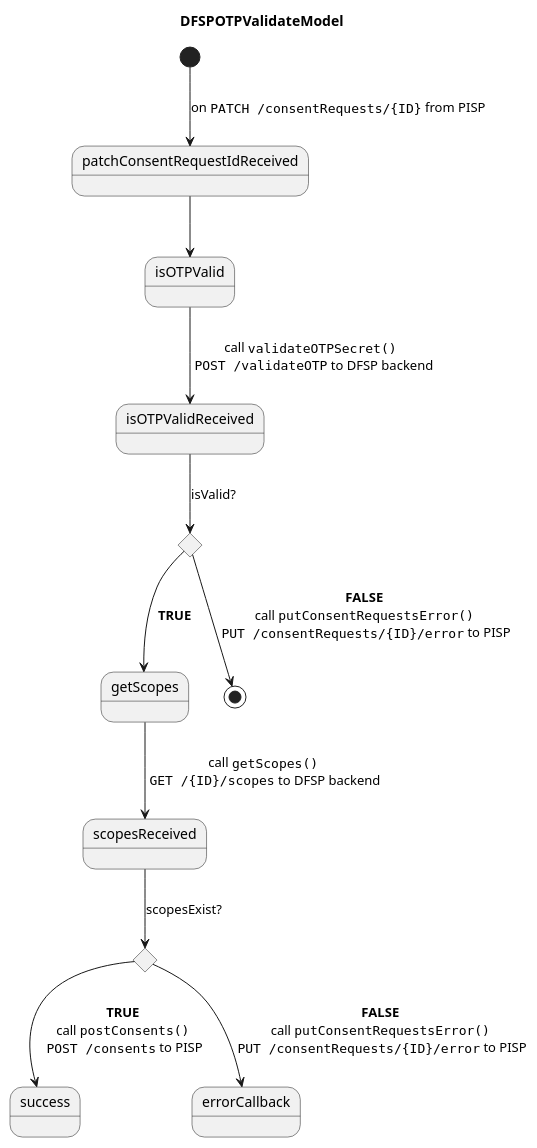
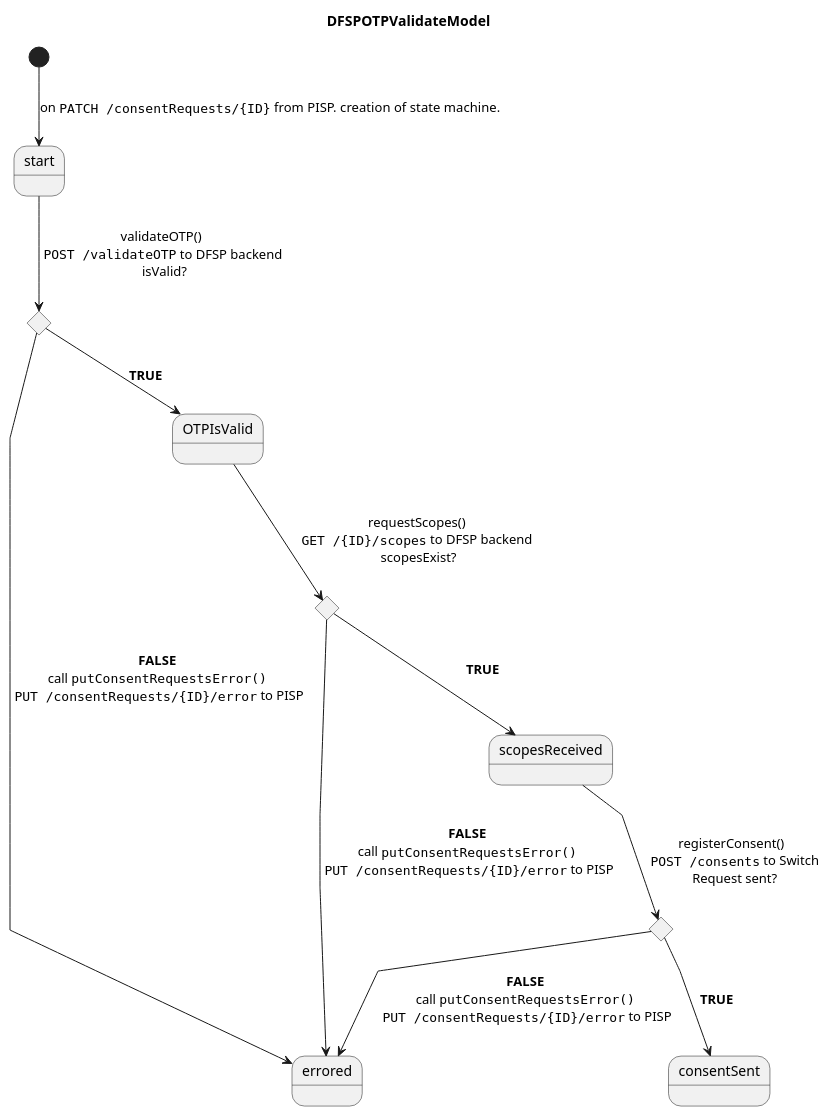
One commit to mojaloop/thirdparty-sdk changed the diagram in docs/sequence/DFSPOTPValidateModel.puml. Above: the diagram before and after it, drawn with PlantUML. The commit also changed 3 other files, not shown here.

Commit message:
docs: updates seq diagrams

```diff
--- a/docs/sequence/DFSPOTPValidateModel.puml
+++ b/docs/sequence/DFSPOTPValidateModel.puml
@@ -1,19 +1,22 @@
 @startuml DFSPOTPValidateModel
+skinparam linetype polyline
 
 title DFSPOTPValidateModel
 
 state isValid <<choice>>
 state scopesExist <<choice>>
+state sentConsent <<choice>>
 
-[*] --> patchConsentRequestIdReceived: on ""PATCH /consentRequests/{ID}"" from PISP
-patchConsentRequestIdReceived --> isOTPValid
-isOTPValid --> isOTPValidReceived: call ""validateOTPSecret()"" \n ""POST /validateOTP"" to DFSP backend
-isOTPValidReceived --> isValid: isValid?
-isValid --> getScopes:**TRUE**
-getScopes --> scopesReceived: call ""getScopes()""\n ""GET /{ID}/scopes"" to DFSP backend
-isValid --> [*]:**FALSE**\ncall ""putConsentRequestsError()""\n ""PUT /consentRequests/{ID}/error"" to PISP
-scopesReceived --> scopesExist: scopesExist?
-scopesExist --> success:**TRUE**\ncall ""postConsents()""\n ""POST /consents"" to PISP
-scopesExist --> errorCallback:**FALSE**\ncall ""putConsentRequestsError()""\n ""PUT /consentRequests/{ID}/error"" to PISP
+isValid --> errored:**FALSE**\ncall ""putConsentRequestsError()""\n ""PUT /consentRequests/{ID}/error"" to PISP
+scopesExist --> errored:**FALSE**\ncall ""putConsentRequestsError()""\n ""PUT /consentRequests/{ID}/error"" to PISP
+sentConsent --> errored:**FALSE**\ncall ""putConsentRequestsError()""\n ""PUT /consentRequests/{ID}/error"" to PISP
+
+[*] --> start: on ""PATCH /consentRequests/{ID}"" from PISP. creation of state machine.
+start --> isValid: validateOTP() \n ""POST /validateOTP"" to DFSP backend \n isValid?
+isValid --> OTPIsValid:**TRUE**
+OTPIsValid --> scopesExist: \nrequestScopes()\n ""GET /{ID}/scopes"" to DFSP backend \n scopesExist?
+scopesExist --> scopesReceived:**TRUE** \n
+scopesReceived --> sentConsent:\nregisterConsent() \n ""POST /consents"" to Switch\n Request sent?
+sentConsent --> consentSent:**TRUE**
 
 @enduml
```
